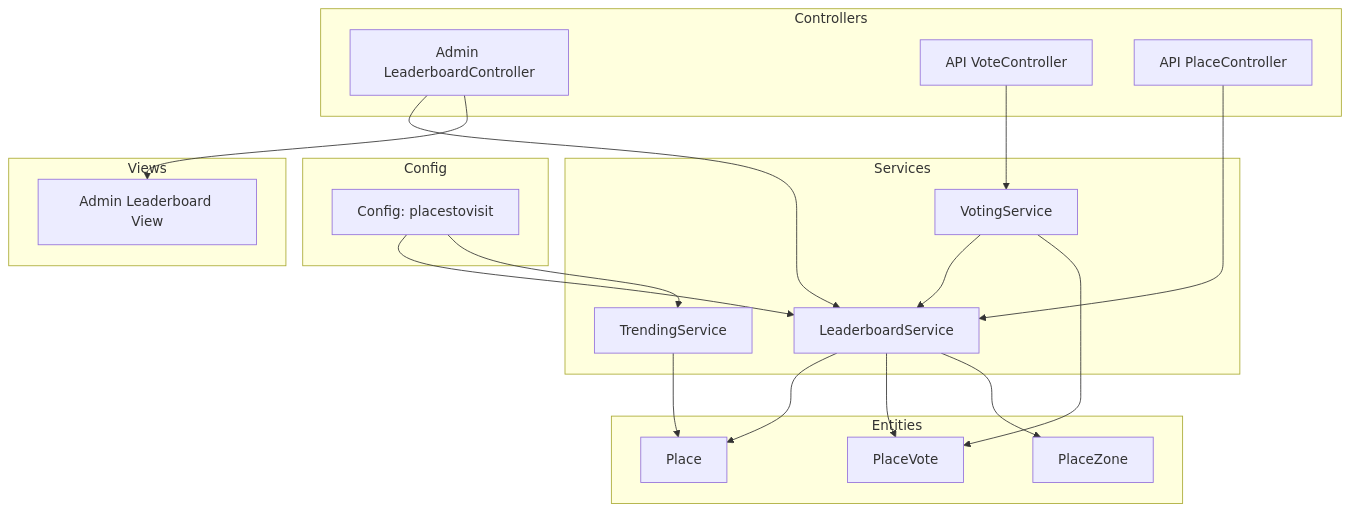
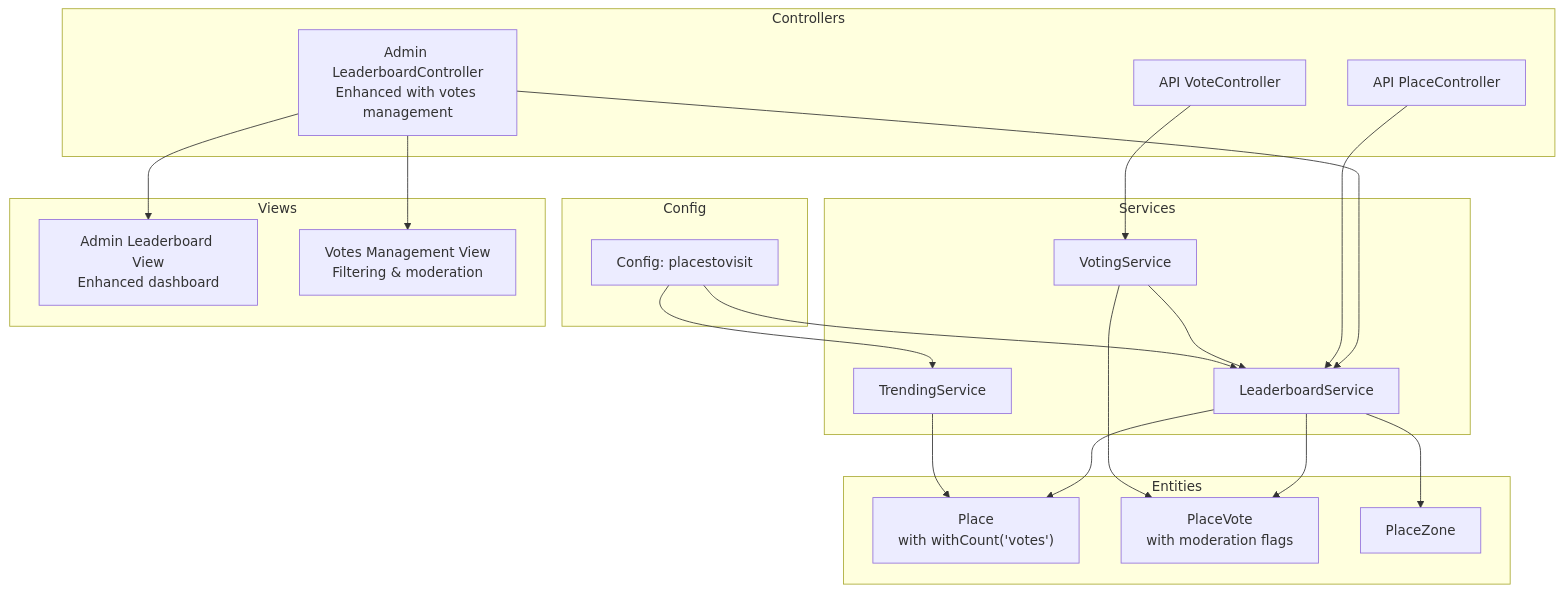
The first of 7 diagrams in .qoder/repowiki/en/content/Business Modules/PlacesToVisit Module/Leaderboard and Ranking System.md (Hamdies/waddy_back), drawn with Mermaid before and after one commit. The commit also changed other lines of this file and 4 other files, not shown here.

````diff
--- a/.qoder/repowiki/en/content/Business Modules/PlacesToVisit Module/Leaderboard and Ranking System.md
+++ b/.qoder/repowiki/en/content/Business Modules/PlacesToVisit Module/Leaderboard and Ranking System.md
@@ -43,36 +53,38 @@
 ```mermaid
 graph TB
 subgraph "Controllers"
-AC["Admin LeaderboardController"]
+AC["Admin LeaderboardController<br/>Enhanced with votes management"]
 VC["API VoteController"]
 PC["API PlaceController"]
 end
 subgraph "Services"
 LS["LeaderboardService"]
 VS["VotingService"]
 TS["TrendingService"]
 end
 subgraph "Entities"
-P["Place"]
-PV["PlaceVote"]
+P["Place<br/>with withCount('votes')"]
+PV["PlaceVote<br/>with moderation flags"]
 PZ["PlaceZone"]
 end
 subgraph "Config"
 CFG["Config: placestovisit"]
 end
 subgraph "Views"
-VADMIN["Admin Leaderboard View"]
+VADMIN["Admin Leaderboard View<br/>Enhanced dashboard"]
+VOTES["Votes Management View<br/>Filtering & moderation"]
 end
 AC --> LS
 PC --> LS
 VC --> VS
 VS --> LS
 LS --> P
 LS --> PV
 LS --> PZ
 VS --> PV
 TS --> P
 CFG --> LS
 CFG --> TS
 AC --> VADMIN
+AC --> VOTES
 ```
````
